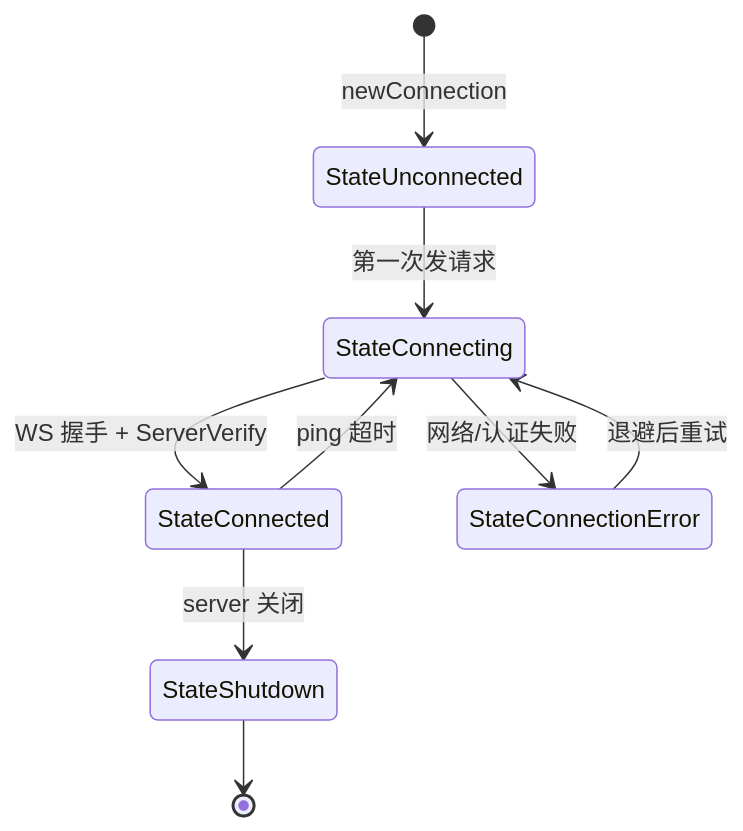
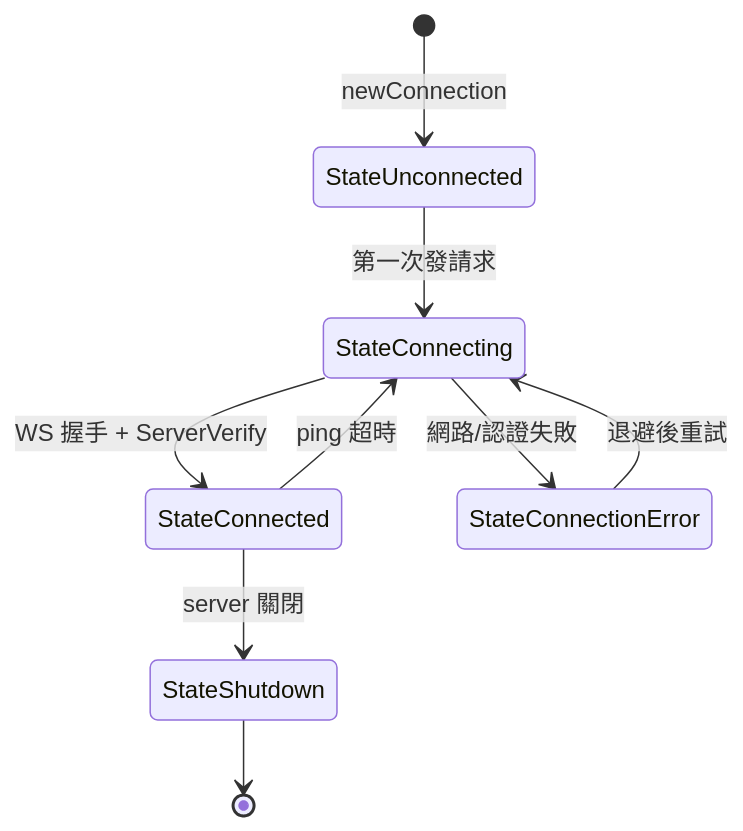
One commit to cysu01/minio changed the seventh of 9 diagrams in repo-analysis/drafts/06-module-api-iam.md. Above: the diagram before and after it, drawn with Mermaid. The commit also changed other lines of this file and 14 other files, not shown here.

````diff
--- a/repo-analysis/drafts/06-module-api-iam.md
+++ b/repo-analysis/drafts/06-module-api-iam.md
@@ -765,11 +765,11 @@
 ```mermaid
 stateDiagram-v2
     [*] --> StateUnconnected: newConnection
-    StateUnconnected --> StateConnecting: 第一次发请求
+    StateUnconnected --> StateConnecting: 第一次發請求
     StateConnecting --> StateConnected: WS 握手 + ServerVerify
-    StateConnecting --> StateConnectionError: 网络/认证失败
-    StateConnectionError --> StateConnecting: 退避后重试
-    StateConnected --> StateConnecting: ping 超时
-    StateConnected --> StateShutdown: server 关闭
+    StateConnecting --> StateConnectionError: 網路/認證失敗
+    StateConnectionError --> StateConnecting: 退避後重試
+    StateConnected --> StateConnecting: ping 超時
+    StateConnected --> StateShutdown: server 關閉
     StateShutdown --> [*]
 ```
````
